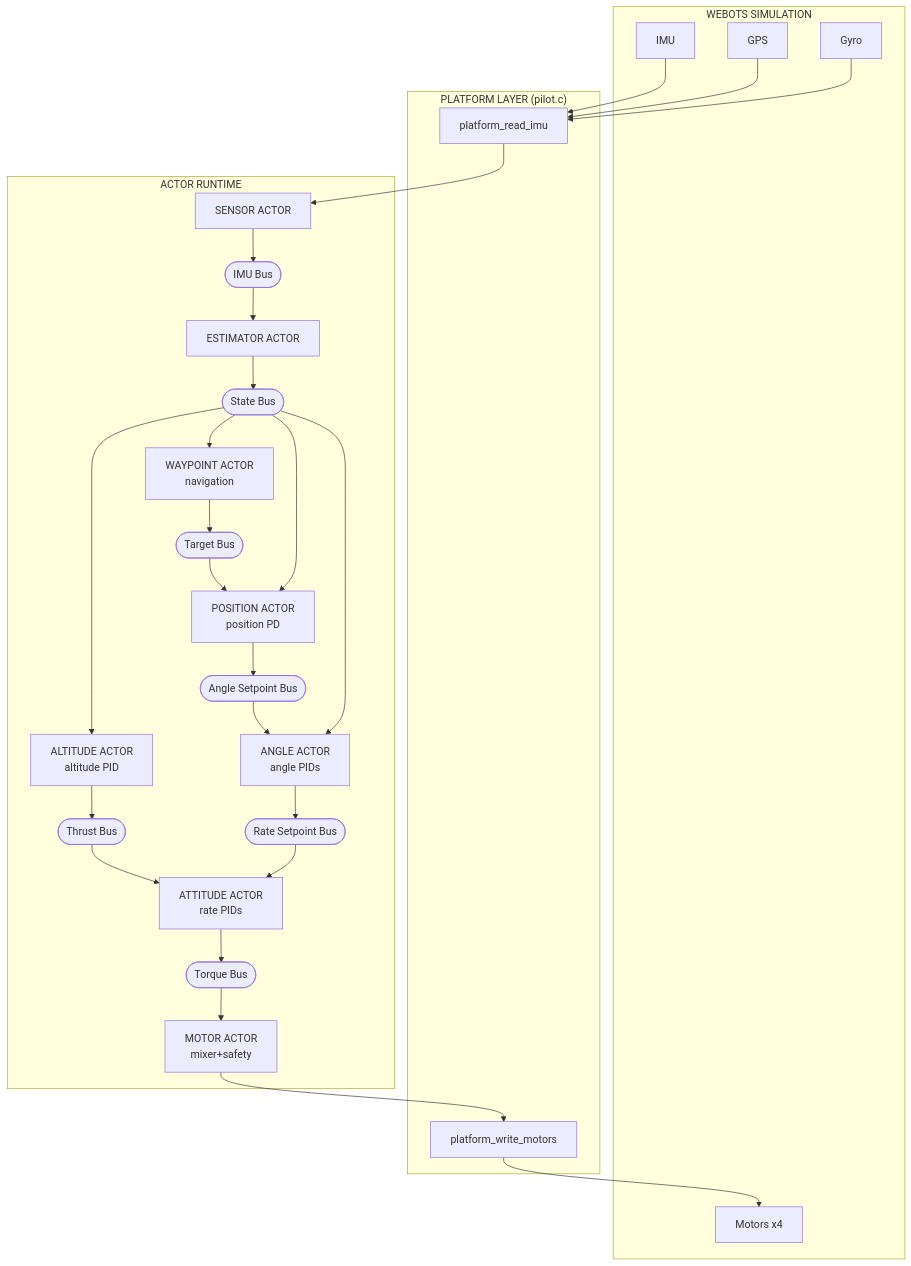
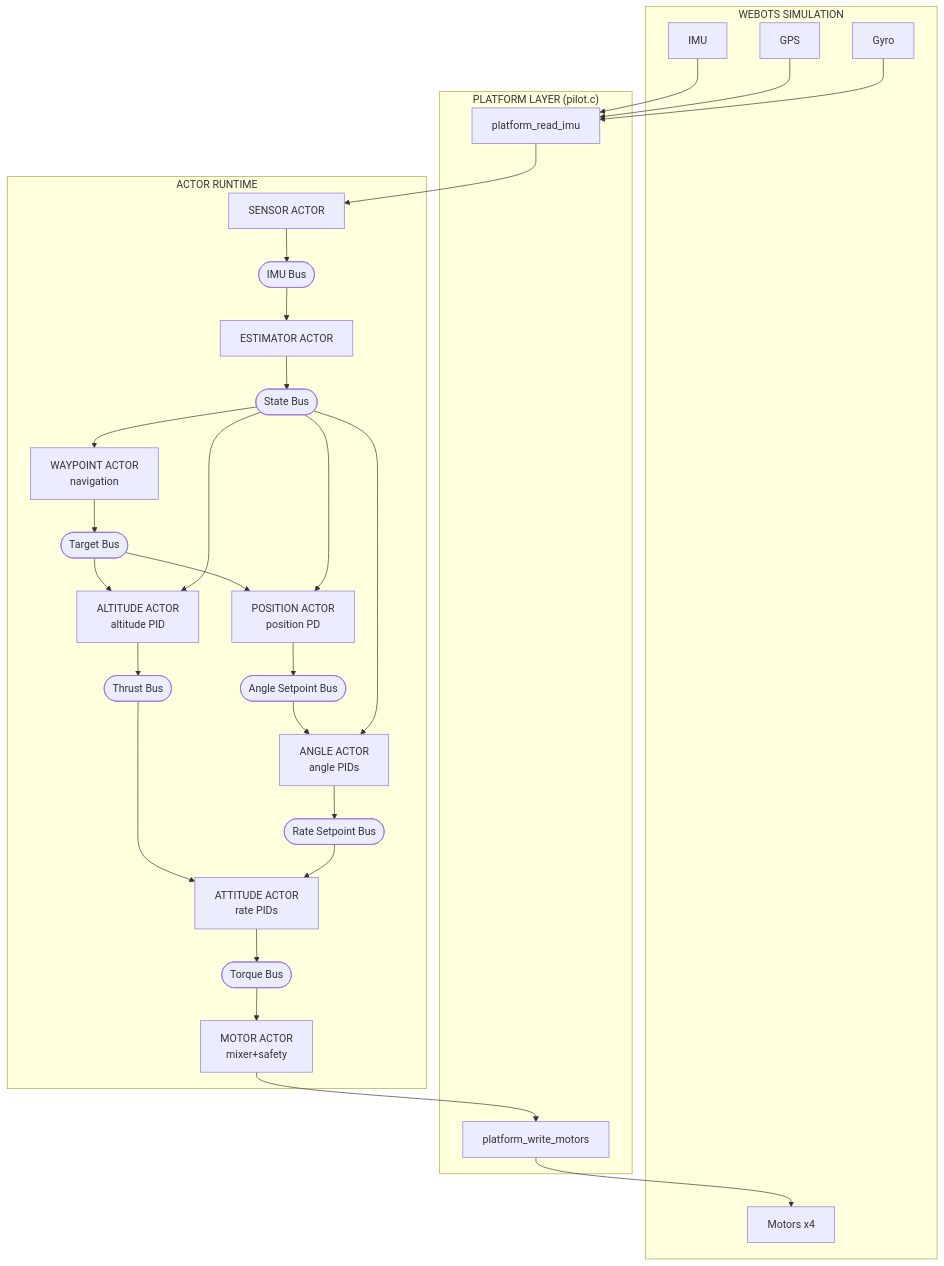
Before and after one commit to joagre/rt: the first of 3 diagrams in examples/pilot/SPEC.md, drawn with Mermaid. The commit also changed other lines of this file and 7 other files, not shown here.

````diff
--- a/examples/pilot/SPEC.md
+++ b/examples/pilot/SPEC.md
@@ -67,49 +67,50 @@
 ```mermaid
 graph TB
     subgraph WEBOTS["WEBOTS SIMULATION"]
         IMU[IMU]
         GPS[GPS]
         Gyro[Gyro]
         Motors[Motors x4]
     end
 
     subgraph PLATFORM["PLATFORM LAYER (pilot.c)"]
         ReadIMU[platform_read_imu]
         WriteMotors[platform_write_motors]
     end
 
     subgraph RUNTIME["ACTOR RUNTIME"]
         Sensor[SENSOR ACTOR]
         IMUBus([IMU Bus])
         Estimator[ESTIMATOR ACTOR]
         StateBus([State Bus])
 
         Altitude[ALTITUDE ACTOR<br/>altitude PID]
         Waypoint[WAYPOINT ACTOR<br/>navigation]
         TargetBus([Target Bus])
         Position[POSITION ACTOR<br/>position PD]
         Attitude[ATTITUDE ACTOR<br/>rate PIDs]
 
         ThrustBus([Thrust Bus])
         AngleSPBus([Angle Setpoint Bus])
         Angle[ANGLE ACTOR<br/>angle PIDs]
         RateSPBus([Rate Setpoint Bus])
         TorqueBus([Torque Bus])
         Motor[MOTOR ACTOR<br/>mixer+safety]
     end
 
     IMU --> ReadIMU
     GPS --> ReadIMU
     Gyro --> ReadIMU
     WriteMotors --> Motors
 
     ReadIMU --> Sensor
     Sensor --> IMUBus --> Estimator --> StateBus
 
-    StateBus --> Altitude --> ThrustBus --> Attitude
-    StateBus --> Waypoint --> TargetBus --> Position
+    StateBus --> Waypoint --> TargetBus --> Altitude --> ThrustBus --> Attitude
+    TargetBus --> Position
+    StateBus --> Altitude
     StateBus --> Position --> AngleSPBus --> Angle
     StateBus --> Angle --> RateSPBus --> Attitude --> TorqueBus --> Motor
 
     Motor --> WriteMotors
 ```
````
